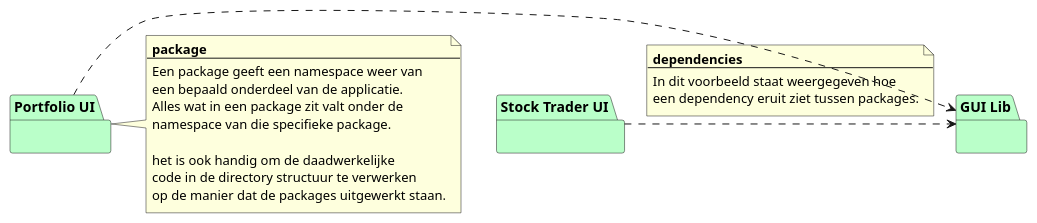
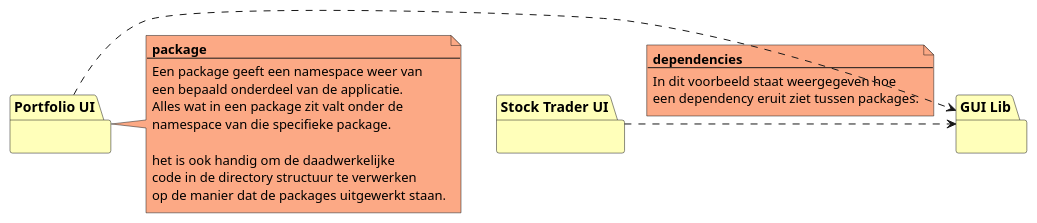
The diagram in plantuml/package/dependency.puml (LukevLuijn/cheat_sheet_osm_mo), drawn with PlantUML before and after one commit. The commit also changed 52 other files, not shown here.

Commit message:
[cheat-sheet] added colors to all diagrams.

```diff
--- a/plantuml/package/dependency.puml
+++ b/plantuml/package/dependency.puml
@@ -1,30 +1,30 @@
 @startuml
 'https://plantuml.com/class-diagram
 
-package "Stock Trader UI" as p1 #BAFFC9 {}
-package "GUI Lib" as p2 #BAFFC9 {}
-package "Portfolio UI" as p3 #BAFFC9 {}
+package "Stock Trader UI" as p1 #FFFFBA {}
+package "GUI Lib" as p2 #FFFFBA {}
+package "Portfolio UI" as p3 #FFFFBA {}
 
 p1 .right.> p2
-note on link
+note on link #FCA985
     **dependencies**
     --
     In dit voorbeeld staat weergegeven hoe
     een dependency eruit ziet tussen packages.
 end note
 p2 <.left. p3
 
-note right of p3
+note right of p3 #FCA985
     **package**
     --
     Een package geeft een namespace weer van
     een bepaald onderdeel van de applicatie.
     Alles wat in een package zit valt onder de
     namespace van die specifieke package.
 
     het is ook handig om de daadwerkelijke
     code in de directory structuur te verwerken
     op de manier dat de packages uitgewerkt staan.
 end note
 
 @enduml
```
